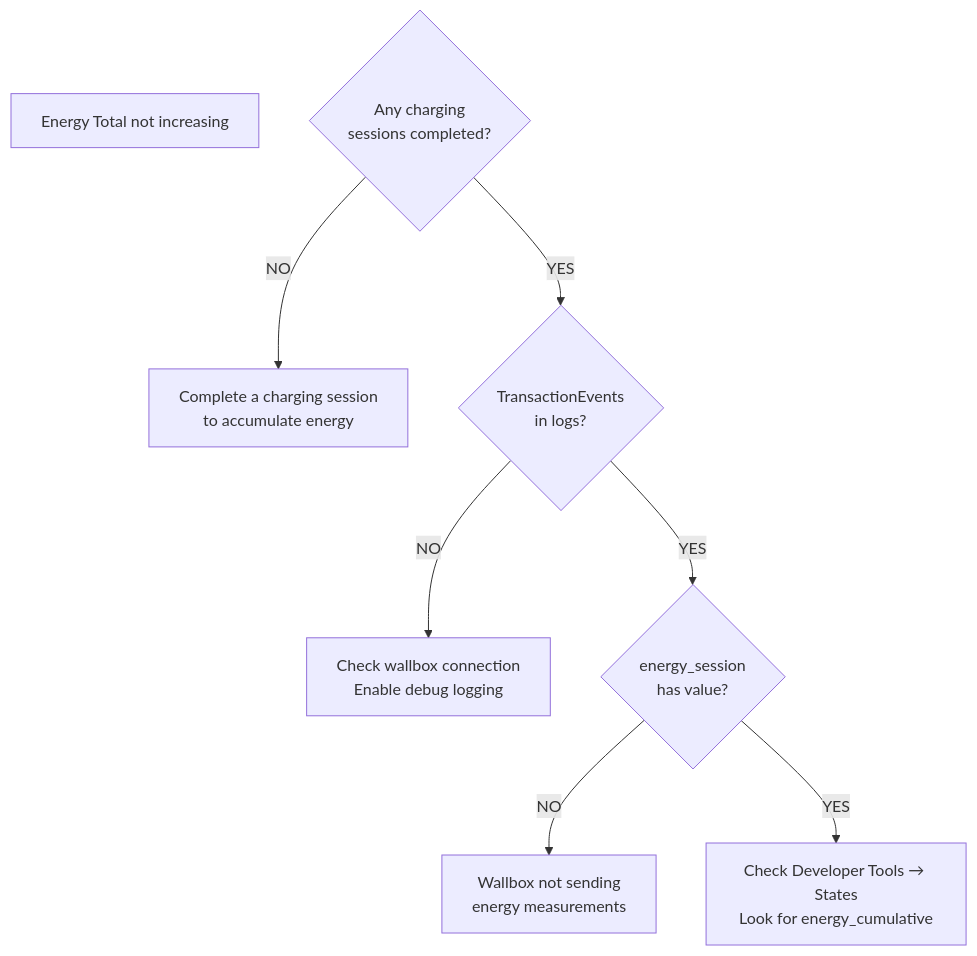
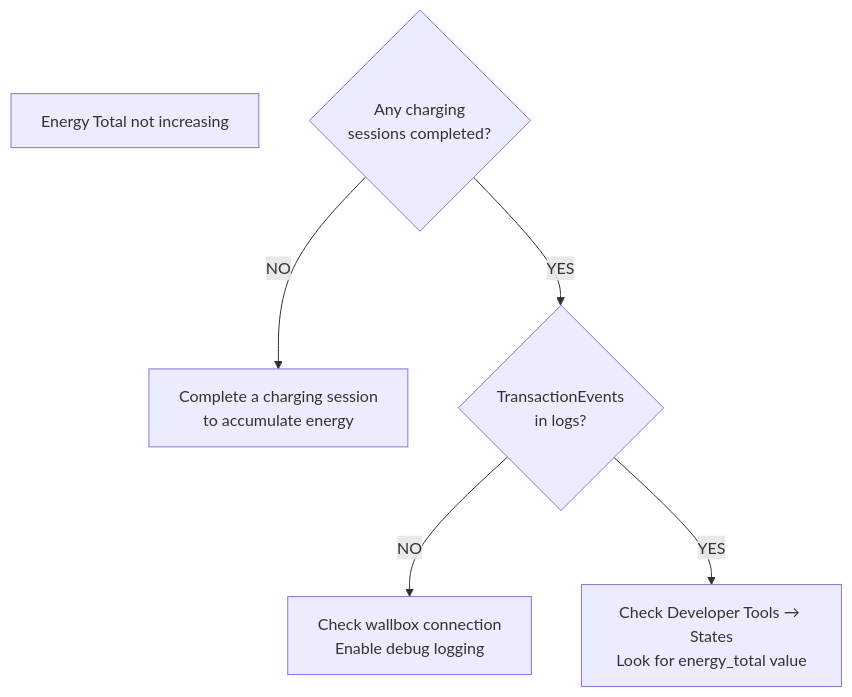
The seventh of 8 diagrams in custom_components/bmw_wallbox/docs/ENERGY_SENSORS.md (JoaoPedroBelo/bmw-wallbox-ha), drawn with Mermaid before and after one commit. The commit also changed other lines of this file and 10 other files, not shown here.

First line of the commit message:
fix: remove Energy Session sensor (#10) (#11)

````diff
--- a/custom_components/bmw_wallbox/docs/ENERGY_SENSORS.md
+++ b/custom_components/bmw_wallbox/docs/ENERGY_SENSORS.md
@@ -390,12 +325,10 @@
 ```mermaid
 flowchart TD
     Problem["Energy Total not increasing"]
     
     Check1{Any charging<br/>sessions completed?}
     Check1 -->|NO| Fix1["Complete a charging session<br/>to accumulate energy"]
     Check1 -->|YES| Check2{TransactionEvents<br/>in logs?}
     Check2 -->|NO| Fix2["Check wallbox connection<br/>Enable debug logging"]
-    Check2 -->|YES| Check3{energy_session<br/>has value?}
-    Check3 -->|NO| Fix3["Wallbox not sending<br/>energy measurements"]
-    Check3 -->|YES| CheckDev["Check Developer Tools → States<br/>Look for energy_cumulative"]
+    Check2 -->|YES| CheckDev["Check Developer Tools → States<br/>Look for energy_total value"]
 ```
````
